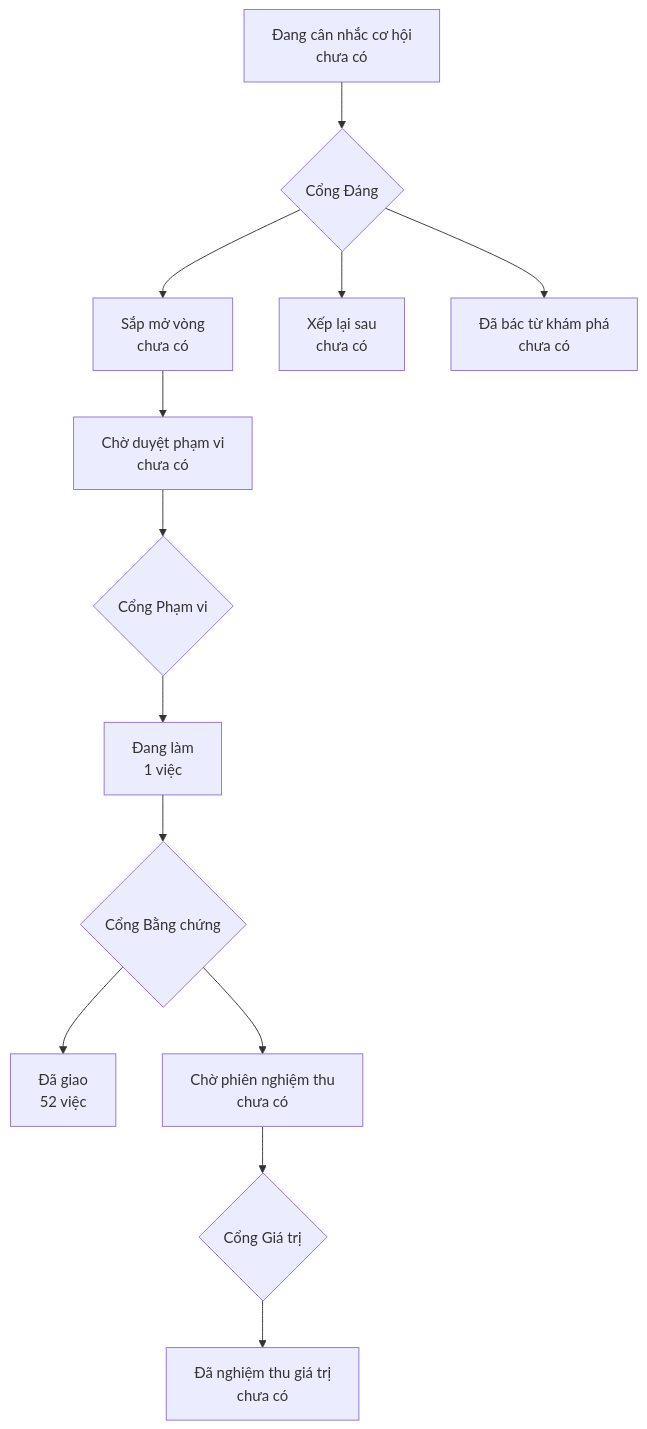
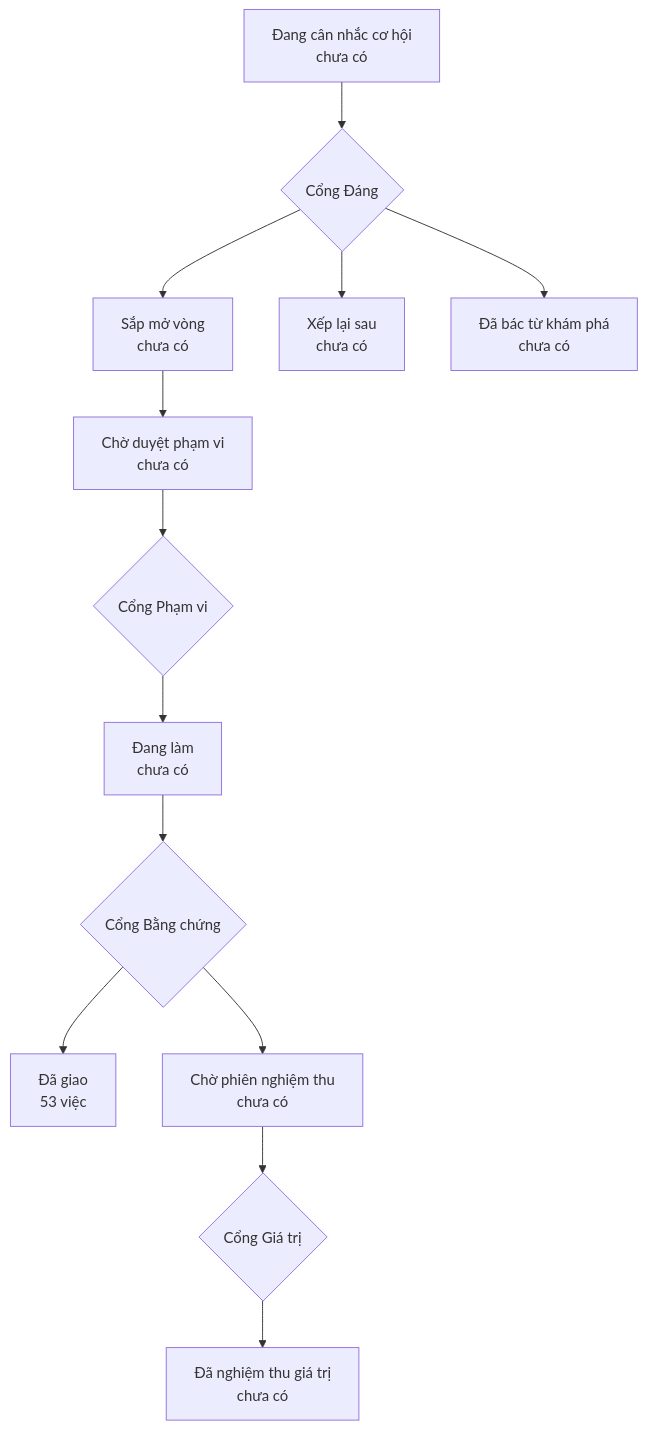
Before and after one commit to phanlemanh/acceptance-gate-kit: the diagram in PRODUCT-MAP.md, drawn with Mermaid. The commit also changed other lines of this file and 4 other files, not shown here.

First line of the commit message:
acceptance(lan-v-khong-phai-cho-ky): S4 round 2 PASS — bằng chứng máy + bản đồ vẽ lại

````diff
--- a/PRODUCT-MAP.md
+++ b/PRODUCT-MAP.md
@@ -6,12 +6,12 @@
 ```mermaid
 flowchart TD
   A["Đang cân nhắc cơ hội<br/>chưa có"] --> GD{"Cổng Đáng"}
   GD --> B["Sắp mở vòng<br/>chưa có"]
   GD --> XL["Xếp lại sau<br/>chưa có"]
   GD --> DB["Đã bác từ khám phá<br/>chưa có"]
   B --> CD["Chờ duyệt phạm vi<br/>chưa có"] --> GP{"Cổng Phạm vi"}
-  GP --> DL["Đang làm<br/>1 việc"] --> GB{"Cổng Bằng chứng"}
-  GB --> DG["Đã giao<br/>52 việc"]
+  GP --> DL["Đang làm<br/>chưa có"] --> GB{"Cổng Bằng chứng"}
+  GB --> DG["Đã giao<br/>53 việc"]
   GB --> CN["Chờ phiên nghiệm thu<br/>chưa có"] --> GG{"Cổng Giá trị"}
   GG --> NT["Đã nghiệm thu giá trị<br/>chưa có"]
 ```
````
